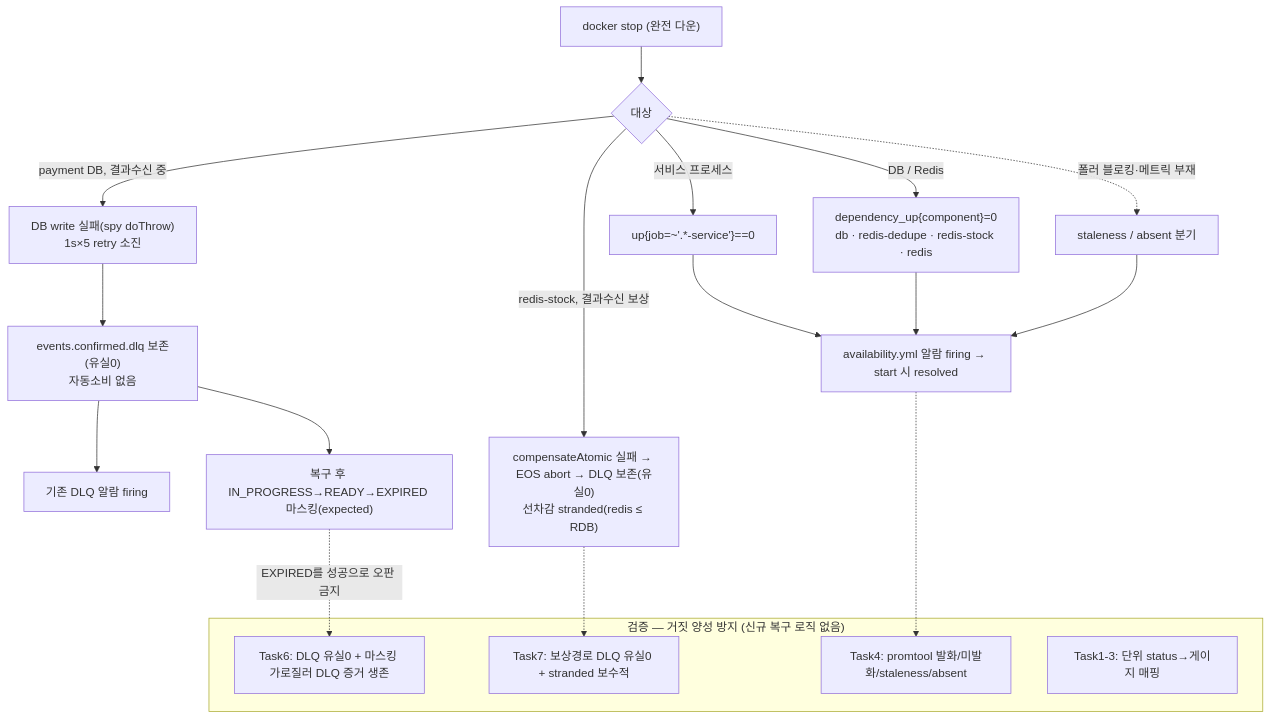
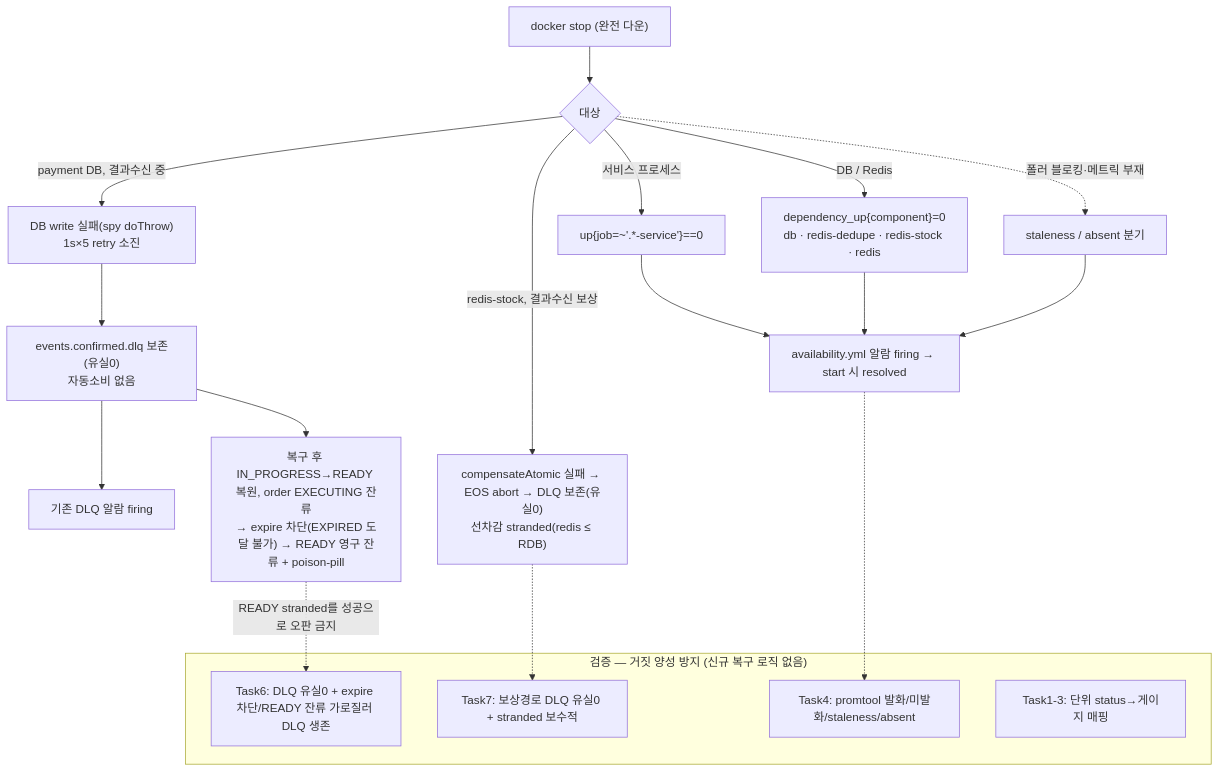
One commit to hyoguoo/payment-platform changed the diagram in docs/FAULT-INJECTION-RESILIENCE-PLAN.md. Above: the diagram before and after it, drawn with Mermaid. The commit also changed other lines of this file and 3 other files, not shown here.

First line of the commit message:
docs: Task 6 EXPIRED 마스킹 전제 정정 + CONCERNS L-14 등재

````diff
--- a/docs/FAULT-INJECTION-RESILIENCE-PLAN.md
+++ b/docs/FAULT-INJECTION-RESILIENCE-PLAN.md
@@ -19,27 +19,27 @@
 ```mermaid
 flowchart TD
     STOP["docker stop (완전 다운)"] --> K{대상}
     K -->|서비스 프로세스| UP["up{job=~'.*-service'}==0"]
     K -->|DB / Redis| HB["dependency_up{component}=0<br/>db · redis-dedupe · redis-stock · redis"]
     K -.->|폴러 블로킹·메트릭 부재| ST["staleness / absent 분기"]
     UP --> AV["availability.yml 알람 firing → start 시 resolved"]
     HB --> AV
     ST --> AV
 
     K -->|"payment DB, 결과수신 중"| DBF["DB write 실패(spy doThrow)<br/>1s×5 retry 소진"]
     DBF --> DLQ["events.confirmed.dlq 보존(유실0)<br/>자동소비 없음"]
     DLQ --> DQA["기존 DLQ 알람 firing"]
-    DLQ --> MASK["복구 후 IN_PROGRESS→READY→EXPIRED 마스킹(expected)"]
+    DLQ --> MASK["복구 후 IN_PROGRESS→READY 복원, order EXECUTING 잔류<br/>→ expire 차단(EXPIRED 도달 불가) → READY 영구 잔류 + poison-pill"]
 
     K -->|"redis-stock, 결과수신 보상"| CMP["compensateAtomic 실패 → EOS abort → DLQ 보존(유실0)<br/>선차감 stranded(redis ≤ RDB)"]
 
     subgraph verify["검증 — 거짓 양성 방지 (신규 복구 로직 없음)"]
-        T6["Task6: DLQ 유실0 + 마스킹 가로질러 DLQ 증거 생존"]
+        T6["Task6: DLQ 유실0 + expire 차단/READY 잔류 가로질러 DLQ 생존"]
         T7["Task7: 보상경로 DLQ 유실0 + stranded 보수적"]
         T4["Task4: promtool 발화/미발화/staleness/absent"]
         T13["Task1-3: 단위 status→게이지 매핑"]
     end
-    MASK -.->|EXPIRED를 성공으로 오판 금지| T6
+    MASK -.->|READY stranded를 성공으로 오판 금지| T6
     CMP -.-> T7
     AV -.-> T4
 ```
````
